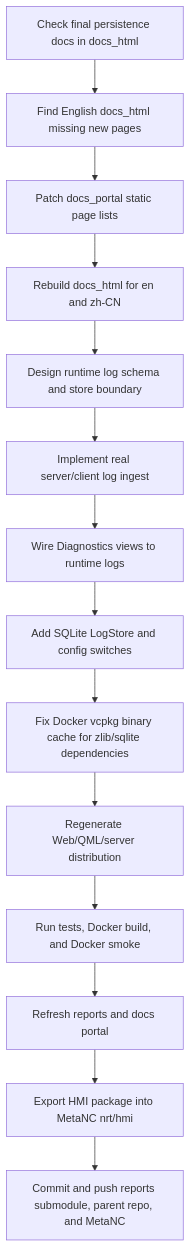
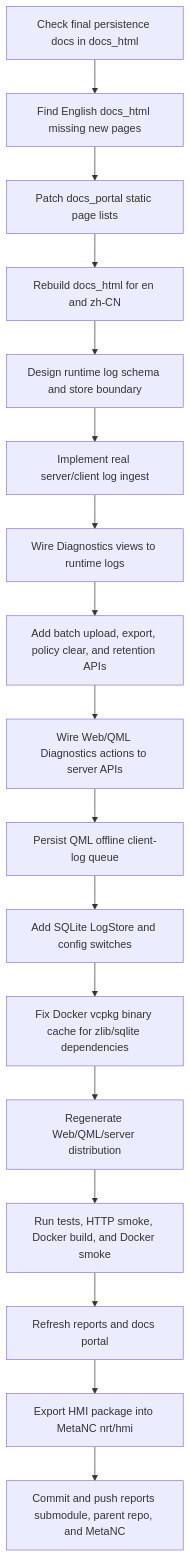
Before and after one commit to luppiterw/metanc_hmi_dsl_reports: the diagram in 2026-04-30-codex-session/workflow-diagram.md, drawn with Mermaid. The commit also changed 22 other files, not shown here.

Commit message:
reports: refresh 2026-04-30 runtime logging session

````diff
--- a/2026-04-30-codex-session/workflow-diagram.md
+++ b/2026-04-30-codex-session/workflow-diagram.md
@@ -3,16 +3,19 @@
 ```mermaid
 flowchart TD
     A[Check final persistence docs in docs_html] --> B[Find English docs_html missing new pages]
     B --> C[Patch docs_portal static page lists]
     C --> D[Rebuild docs_html for en and zh-CN]
     D --> E[Design runtime log schema and store boundary]
     E --> F[Implement real server/client log ingest]
     F --> G[Wire Diagnostics views to runtime logs]
-    G --> H[Add SQLite LogStore and config switches]
-    H --> I[Fix Docker vcpkg binary cache for zlib/sqlite dependencies]
-    I --> J[Regenerate Web/QML/server distribution]
-    J --> K[Run tests, Docker build, and Docker smoke]
-    K --> L[Refresh reports and docs portal]
-    L --> M[Export HMI package into MetaNC nrt/hmi]
-    M --> N[Commit and push reports submodule, parent repo, and MetaNC]
+    G --> H[Add batch upload, export, policy clear, and retention APIs]
+    H --> I[Wire Web/QML Diagnostics actions to server APIs]
+    I --> J[Persist QML offline client-log queue]
+    J --> K[Add SQLite LogStore and config switches]
+    K --> L[Fix Docker vcpkg binary cache for zlib/sqlite dependencies]
+    L --> M[Regenerate Web/QML/server distribution]
+    M --> N[Run tests, HTTP smoke, Docker build, and Docker smoke]
+    N --> O[Refresh reports and docs portal]
+    O --> P[Export HMI package into MetaNC nrt/hmi]
+    P --> Q[Commit and push reports submodule, parent repo, and MetaNC]
 ```
````
